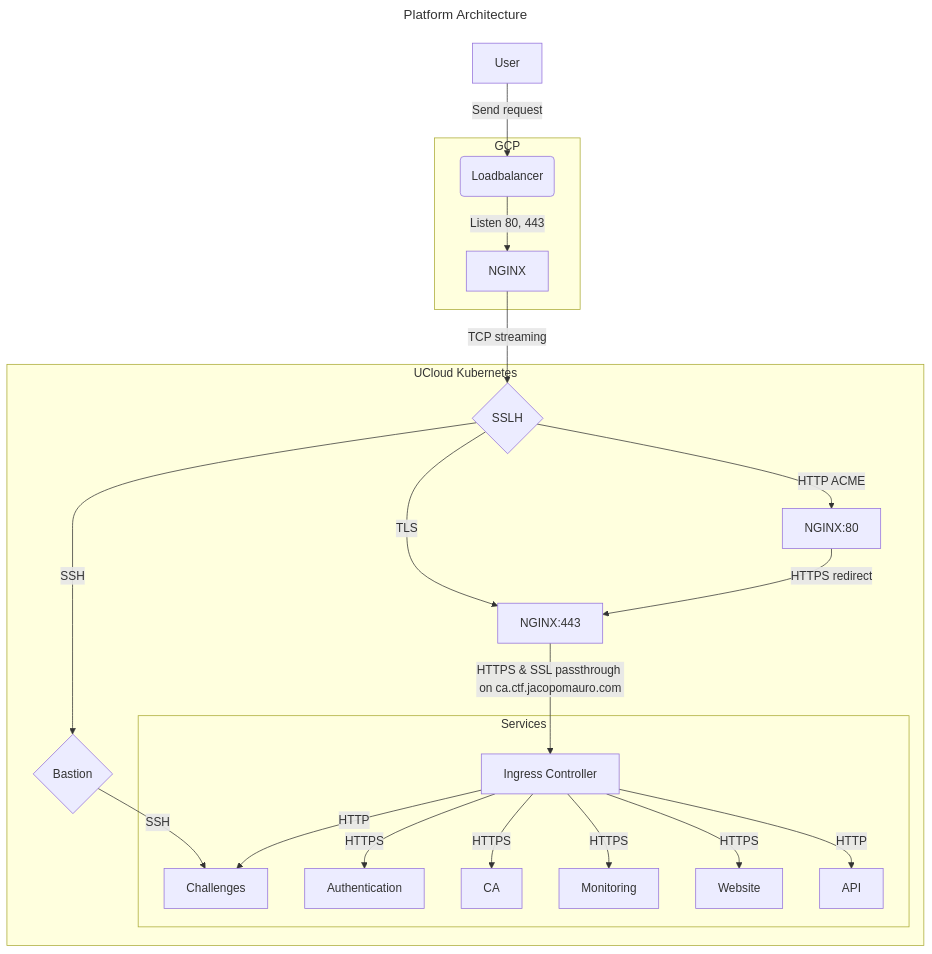
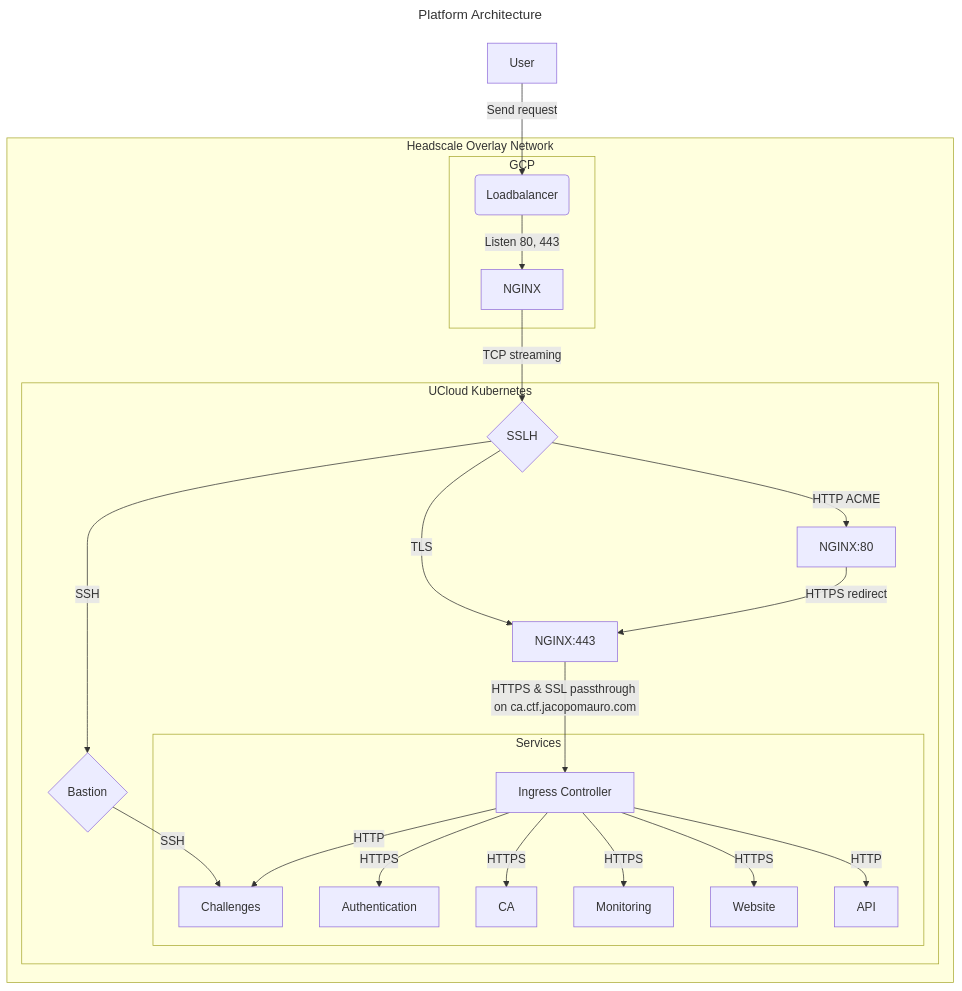
Before and after one commit to mattrent/CTF-Platform: the diagram in README.md, drawn with Mermaid.

Commit message:
update mermaid

````diff
--- a/README.md
+++ b/README.md
@@ -62,27 +62,29 @@
 ```mermaid
 ---
 title: Platform Architecture
 ---
 graph TD
     A[User] -->|Send request| B(Loadbalancer)
+subgraph Headscale Overlay Network
 subgraph GCP
     B -->|Listen 80, 443| C[NGINX]
 end
 subgraph UCloud Kubernetes
     C -->|TCP streaming| J{SSLH}
     J -->|SSH| K{Bastion}
     J -->|TLS| L[NGINX:443]
     J -->|HTTP ACME| M[NGINX:80]
     K -->|SSH| E[Challenges]
     L -->|HTTPS & SSL passthrough on ca.ctf.jacopomauro.com| G[Ingress Controller]
     M -->| HTTPS redirect | L
 subgraph Services
     G -->|HTTPS| H[Authentication]
     G -->|HTTPS| I[CA]
     G -->|HTTP| E
     G -->|HTTPS| F[Monitoring]
     G -->|HTTPS| O[Website]
     G -->|HTTP| P[API]
 end
 end
+end
 ```
````
